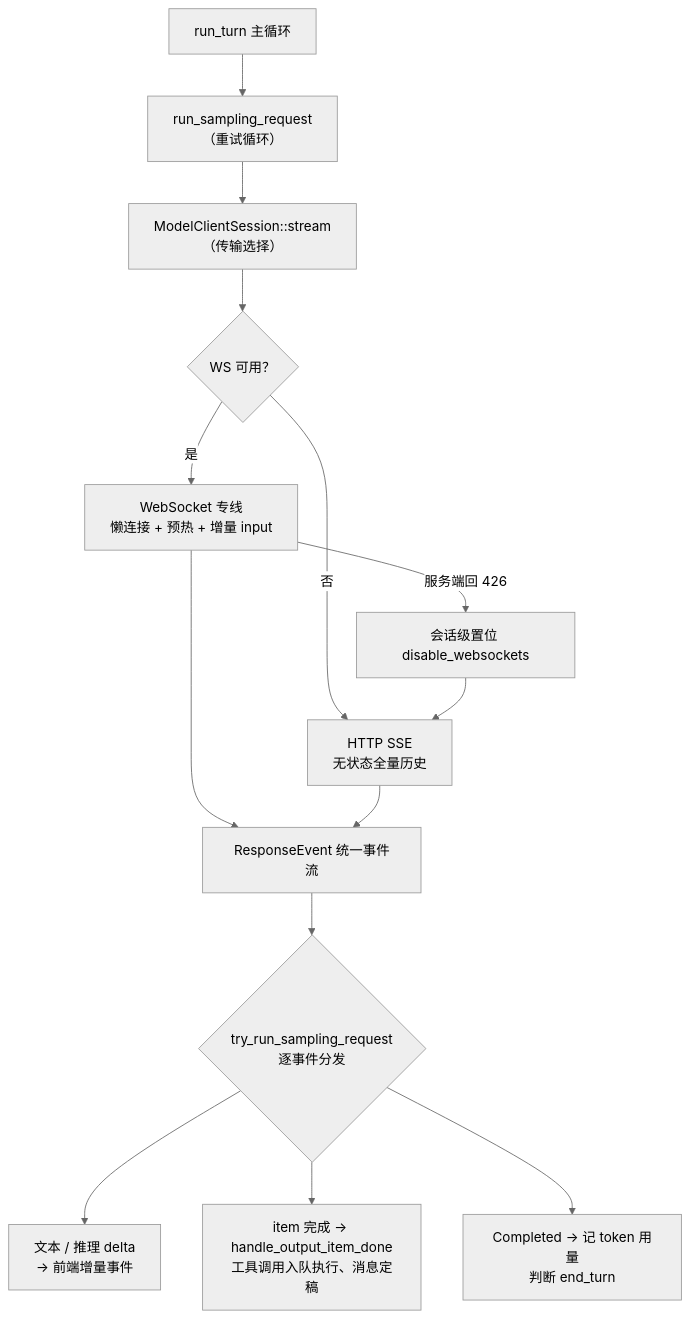
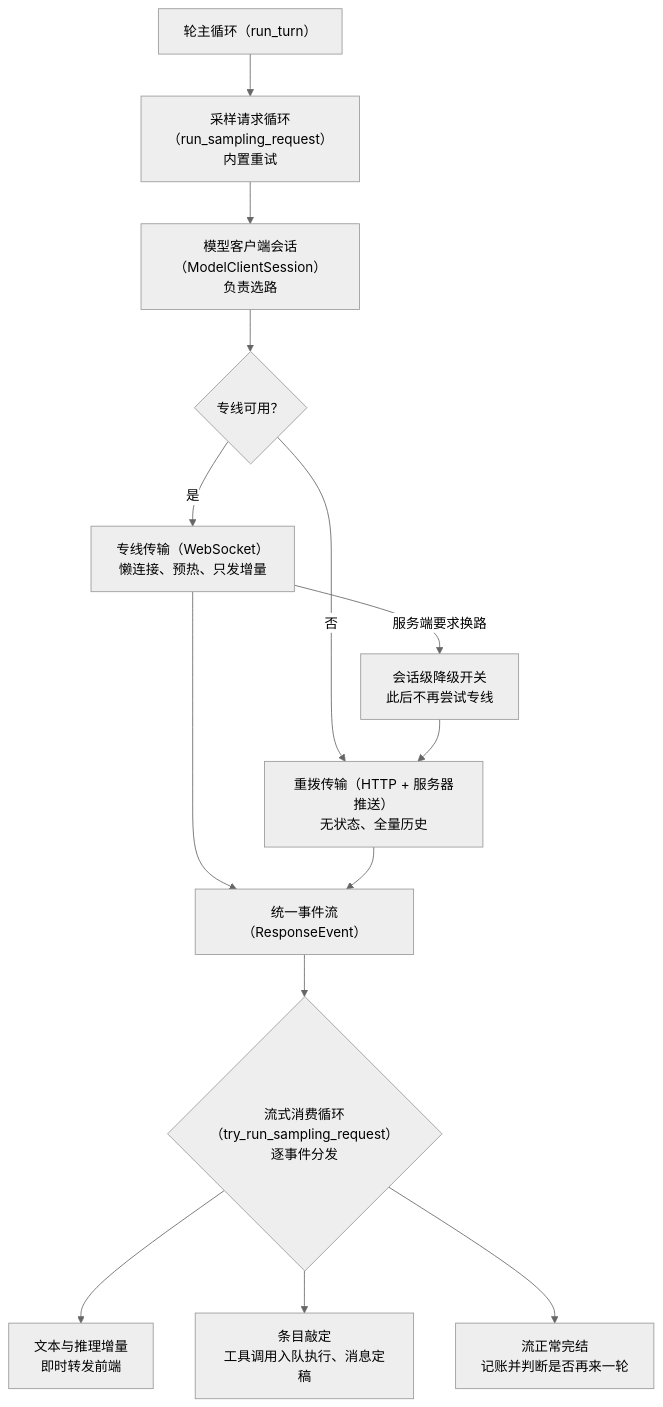
The diagram in src/part3/sampling-and-streaming.md (13927/codex-book), drawn with Mermaid (neutral theme) before and after one commit. The commit also changed other lines of this file and 14 other files, not shown here.

````diff
--- a/src/part3/sampling-and-streaming.md
+++ b/src/part3/sampling-and-streaming.md
@@ -37,16 +47,16 @@
 ```mermaid
 flowchart TD
-    RT["run_turn 主循环"] --> RSR["run_sampling_request<br/>（重试循环）"]
-    RSR --> MCS["ModelClientSession::stream<br/>（传输选择）"]
-    MCS --> Q{"WS 可用？"}
-    Q -- "是" --> WS["WebSocket 专线<br/>懒连接 + 预热 + 增量 input"]
-    Q -- "否" --> SSE["HTTP SSE<br/>无状态全量历史"]
-    WS -- "服务端回 426" --> FB["会话级置位 disable_websockets"]
-    FB --> SSE
-    WS --> EV["ResponseEvent 统一事件流"]
-    SSE --> EV
-    EV --> D{"try_run_sampling_request<br/>逐事件分发"}
-    D --> TXT["文本 / 推理 delta<br/>→ 前端增量事件"]
-    D --> ITM["item 完成 → handle_output_item_done<br/>工具调用入队执行、消息定稿"]
-    D --> FIN["Completed → 记 token 用量<br/>判断 end_turn"]
+    RT["轮主循环（run_turn）"] --> RSR["采样请求循环（run_sampling_request）<br/>内置重试"]
+    RSR --> MCS["模型客户端会话（ModelClientSession）<br/>负责选路"]
+    MCS --> Q{"专线可用？"}
+    Q -- "是" --> WS["专线传输（WebSocket）<br/>懒连接、预热、只发增量"]
+    Q -- "否" --> HTTP["重拨传输（HTTP + 服务器推送）<br/>无状态、全量历史"]
+    WS -- "服务端要求换路" --> FB["会话级降级开关<br/>此后不再尝试专线"]
+    FB --> HTTP
+    WS --> EV["统一事件流（ResponseEvent）"]
+    HTTP --> EV
+    EV --> D{"流式消费循环（try_run_sampling_request）<br/>逐事件分发"}
+    D --> TXT["文本与推理增量<br/>即时转发前端"]
+    D --> ITM["条目敲定<br/>工具调用入队执行、消息定稿"]
+    D --> FIN["流正常完结<br/>记账并判断是否再来一轮"]
 ```
````
